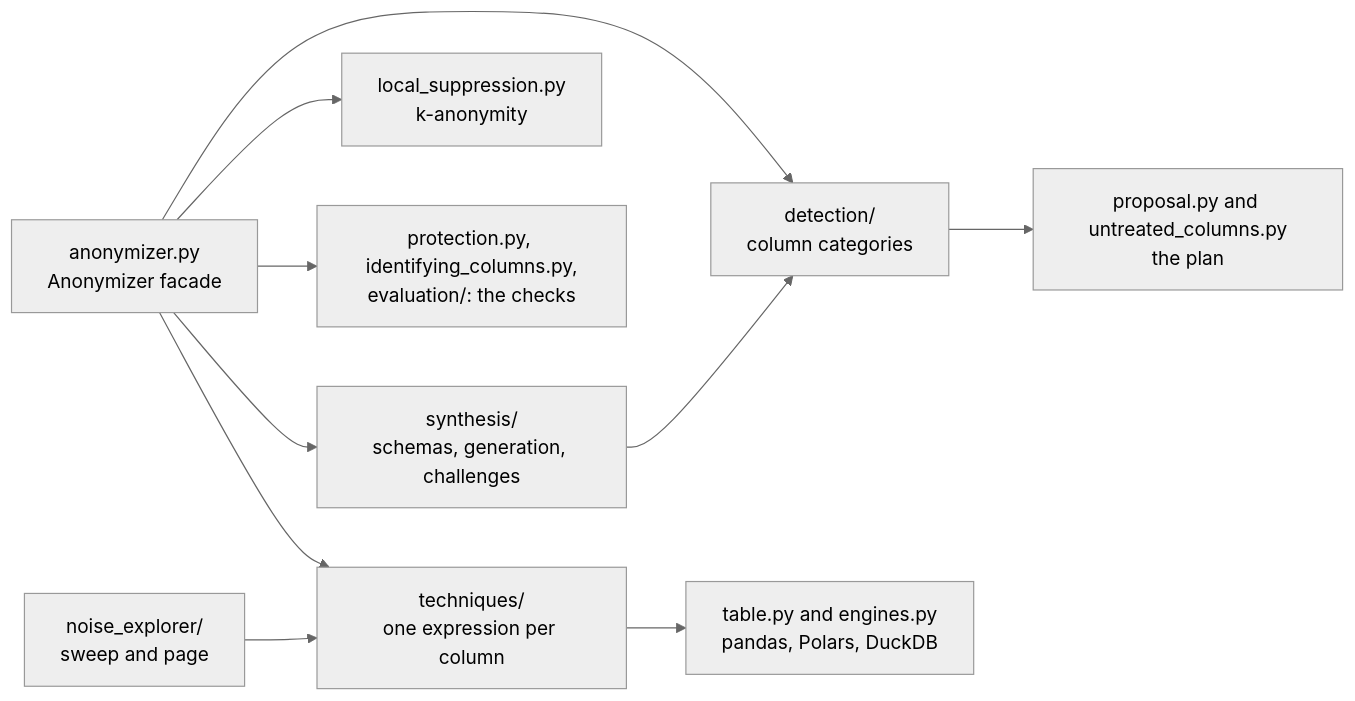
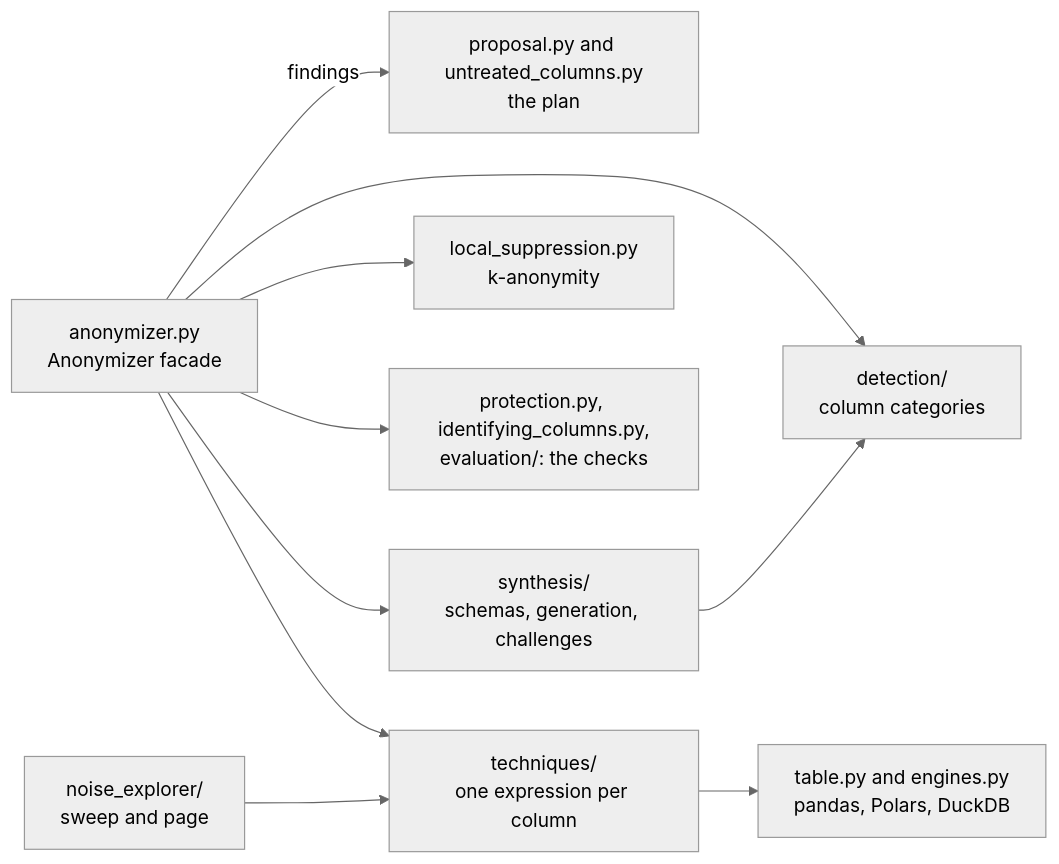
One commit to rmonteiro-pereira/data-anonymizer changed the third of 4 diagrams in ARCHITECTURE.md. Above: the diagram before and after it, drawn with Mermaid (neutral theme). The commit also changed other lines of this file and 11 other files, not shown here.

````diff
--- a/ARCHITECTURE.md
+++ b/ARCHITECTURE.md
@@ -90,20 +94,21 @@
 ```mermaid
 flowchart LR
   facade["anonymizer.py<br/>Anonymizer facade"]
   detection["detection/<br/>column categories"]
   proposal["proposal.py and untreated_columns.py<br/>the plan"]
   techniques["techniques/<br/>one expression per column"]
   table["table.py and engines.py<br/>pandas, Polars, DuckDB"]
   suppression["local_suppression.py<br/>k-anonymity"]
   protection["protection.py, identifying_columns.py,<br/>evaluation/: the checks"]
   synthesis["synthesis/<br/>schemas, generation, challenges"]
   explorer["noise_explorer/<br/>sweep and page"]
 
-  facade --> detection --> proposal
+  facade --> detection
+  facade -->|"findings"| proposal
   facade --> techniques --> table
   facade --> suppression
   facade --> protection
   facade --> synthesis
   explorer --> techniques
   synthesis --> detection
 ```
````
